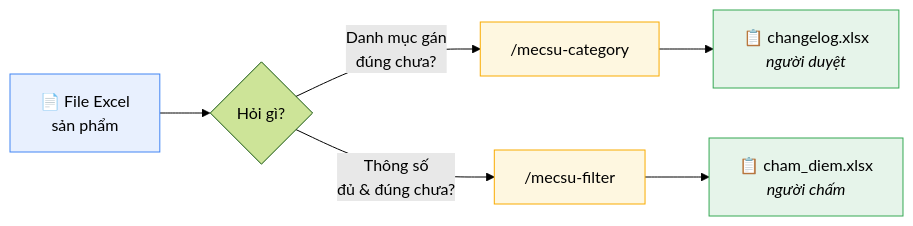
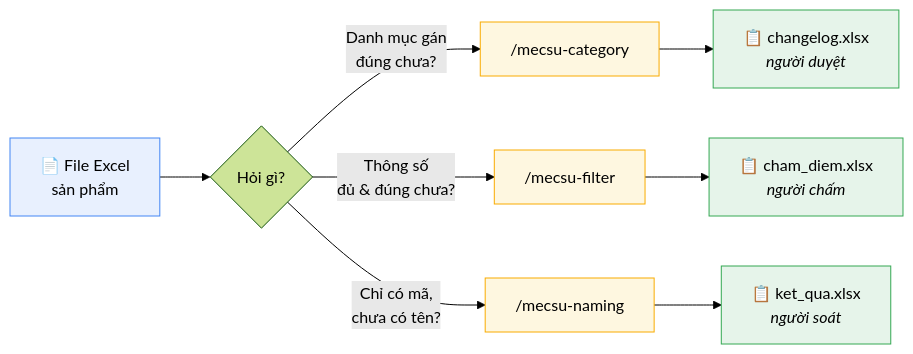
The first of 3 diagrams in README.md (nhattrung0911/mecsu-skills), drawn with Mermaid (forest theme) before and after one commit. The commit also changed other lines of this file and 8 other files, not shown here.

````diff
--- a/README.md
+++ b/README.md
@@ -5,14 +5,18 @@
 ```mermaid
 flowchart LR
     F["📄 File Excel<br/>sản phẩm"] --> Q{Hỏi gì?}
     Q -->|"Danh mục gán<br/>đúng chưa?"| C["/mecsu-category"]
     Q -->|"Thông số<br/>đủ &amp; đúng chưa?"| T["/mecsu-filter"]
+    Q -->|"Chỉ có mã,<br/>chưa có tên?"| N["/mecsu-naming"]
     C --> R1["📋 changelog.xlsx<br/><i>người duyệt</i>"]
     T --> R2["📋 cham_diem.xlsx<br/><i>người chấm</i>"]
+    N --> R3["📋 ket_qua.xlsx<br/><i>người soát</i>"]
 
     style F fill:#e8f0fe,stroke:#4285f4
     style C fill:#fef7e0,stroke:#f9ab00
     style T fill:#fef7e0,stroke:#f9ab00
+    style N fill:#fef7e0,stroke:#f9ab00
     style R1 fill:#e6f4ea,stroke:#34a853
     style R2 fill:#e6f4ea,stroke:#34a853
+    style R3 fill:#e6f4ea,stroke:#34a853
 ```
````
